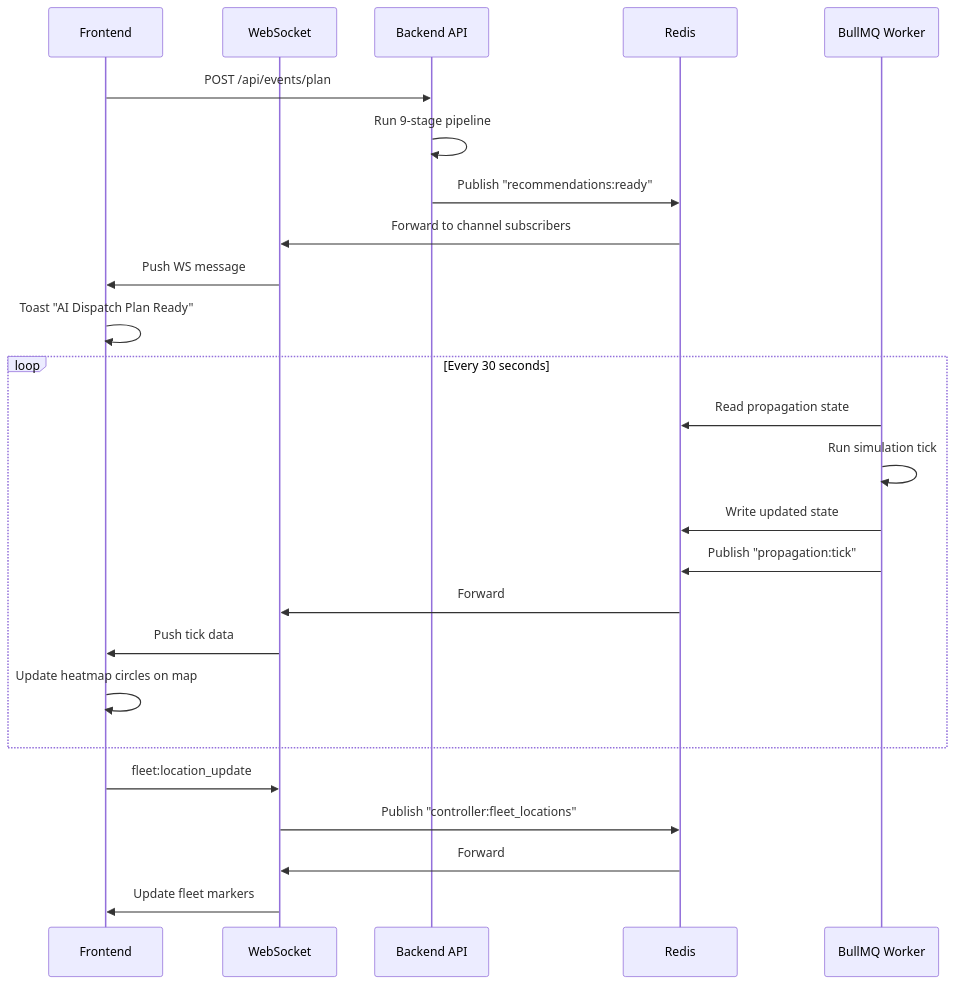
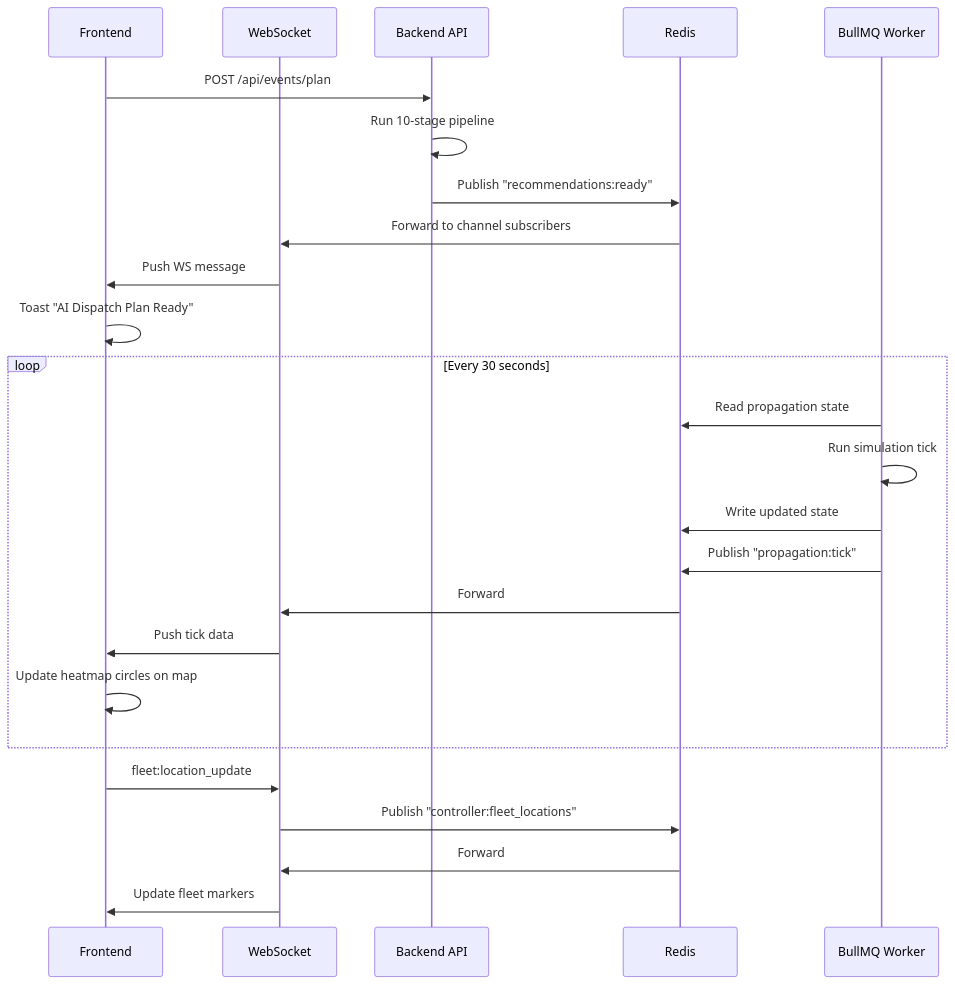
One commit to shantanu-1607/gridlock_prototype changed the eighth of 8 diagrams in README.md. Above: the diagram before and after it, drawn with Mermaid. The commit also changed other lines of this file and 5 other files, not shown here.

````diff
--- a/README.md
+++ b/README.md
@@ -661,30 +671,30 @@
 ```mermaid
 sequenceDiagram
     participant FE as Frontend
     participant WS as WebSocket
     participant API as Backend API
     participant RD as Redis
     participant W as BullMQ Worker
 
     FE->>API: POST /api/events/plan
-    API->>API: Run 9-stage pipeline
+    API->>API: Run 10-stage pipeline
     API->>RD: Publish "recommendations:ready"
     RD->>WS: Forward to channel subscribers
     WS->>FE: Push WS message
     FE->>FE: Toast "AI Dispatch Plan Ready"
 
     loop Every 30 seconds
         W->>RD: Read propagation state
         W->>W: Run simulation tick
         W->>RD: Write updated state
         W->>RD: Publish "propagation:tick"
         RD->>WS: Forward
         WS->>FE: Push tick data
         FE->>FE: Update heatmap circles on map
     end
 
     FE->>WS: fleet:location_update
     WS->>RD: Publish "controller:fleet_locations"
     RD->>WS: Forward
     WS->>FE: Update fleet markers
 ```
````
